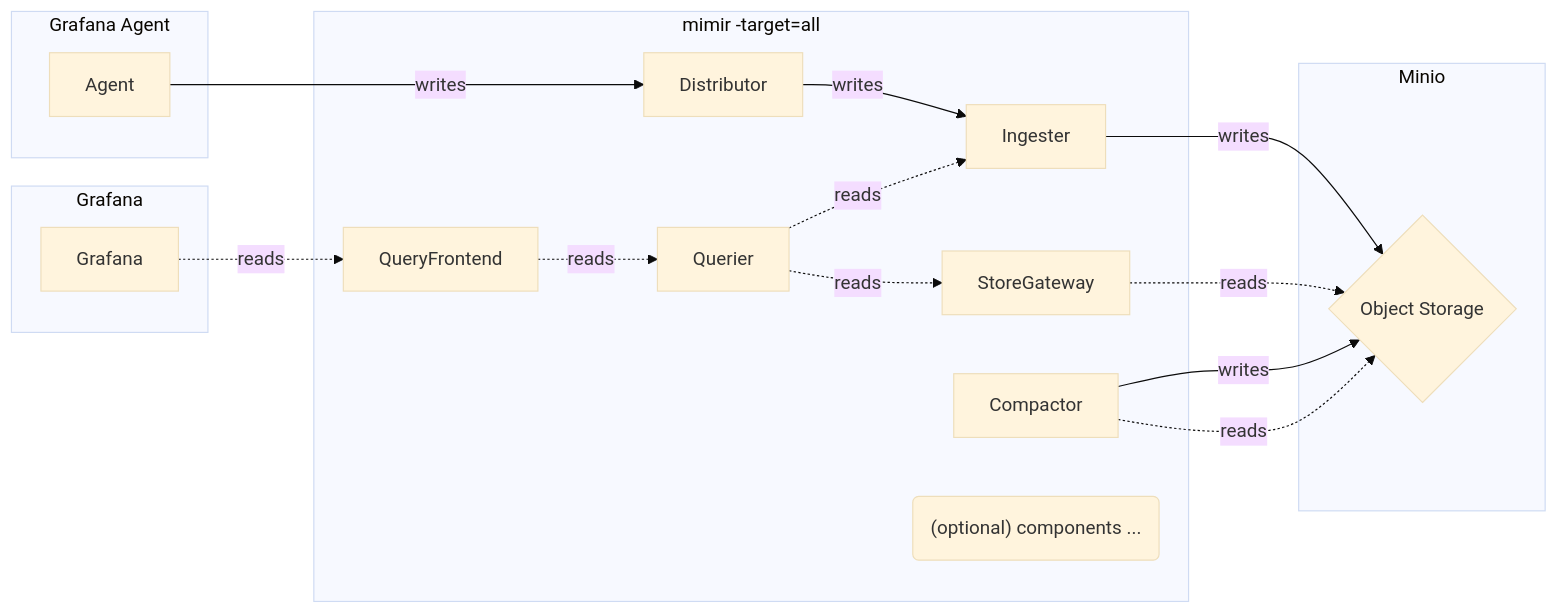
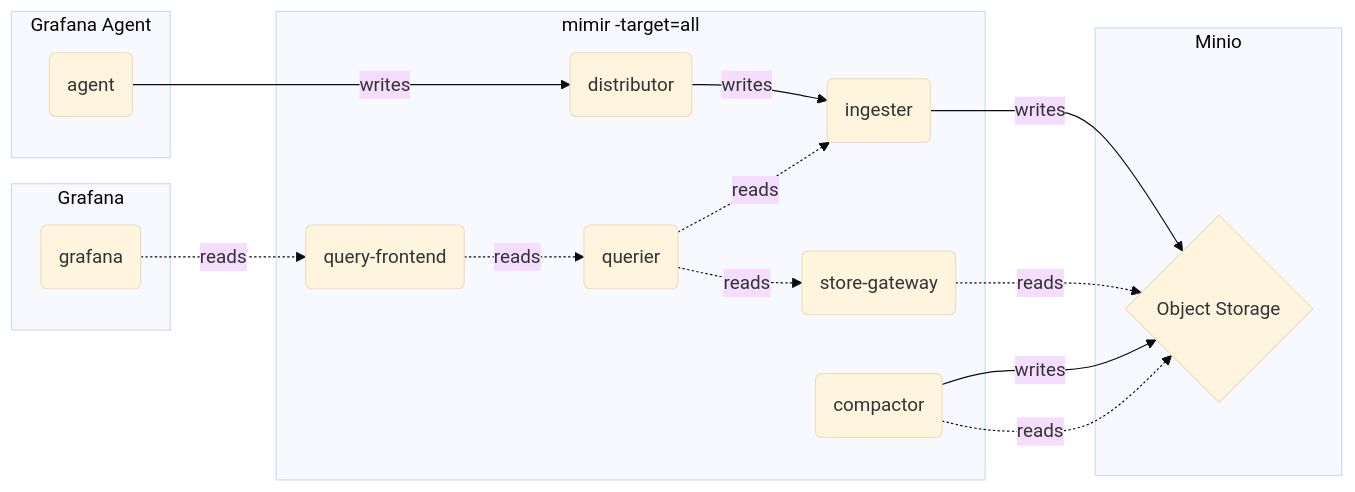
The first of 2 diagrams in docker-compose/monolithic-mode/metrics/README.md (qclaogui/codelab-monitoring), drawn with Mermaid (base theme) before and after one commit. The commit also changed other lines of this file and 5 other files, not shown here.

Commit message:
Flowchart code clean

````diff
--- a/docker-compose/monolithic-mode/metrics/README.md
+++ b/docker-compose/monolithic-mode/metrics/README.md
@@ -9,31 +9,27 @@
 ```mermaid
 flowchart LR
-    Agent   --->|writes| Distributor -->   |writes| Ingester --> |writes| ObjectStorage
-    Grafana -.->|reads | QueryFrontend -.->|reads | Querier  -.->|reads | StoreGateway -.->|reads| ObjectStorage
+    A --->|writes| D  --> |writes| I --> |writes| M
+    G -.->|reads | QF -.->|reads | Q -.->|reads | SG -.->|reads| M
 
     subgraph Minio
-        ObjectStorage{"Object Storage"}
+        M{"Object Storage"}
     end
-
-    subgraph GrafanaAgent["Grafana Agent"]
-        Agent
+    subgraph Agent["Grafana Agent"]
+        A("agent")
     end
-
-    subgraph GFGraph["Grafana"]
-        Grafana
+    subgraph Grafana
+        G("grafana")
     end
 
     subgraph Mimir["mimir -target=all"]
-        Ingester
-        Distributor
-        StoreGateway
-        QueryFrontend
-        Querier -.->|reads| Ingester
-        
-        Compactor --> |writes| ObjectStorage
-        Compactor -.->|reads | ObjectStorage
-        
-        Optional("(optional) components ...")
+        I("ingester")
+        D("distributor")
+        SG("store-gateway")
+        QF("query-frontend")
+
+        Q("querier")  -.->|reads | I 
+        C("compactor") -->|writes| M
+
+        C -.->|reads | M
     end
-
 ```
````
